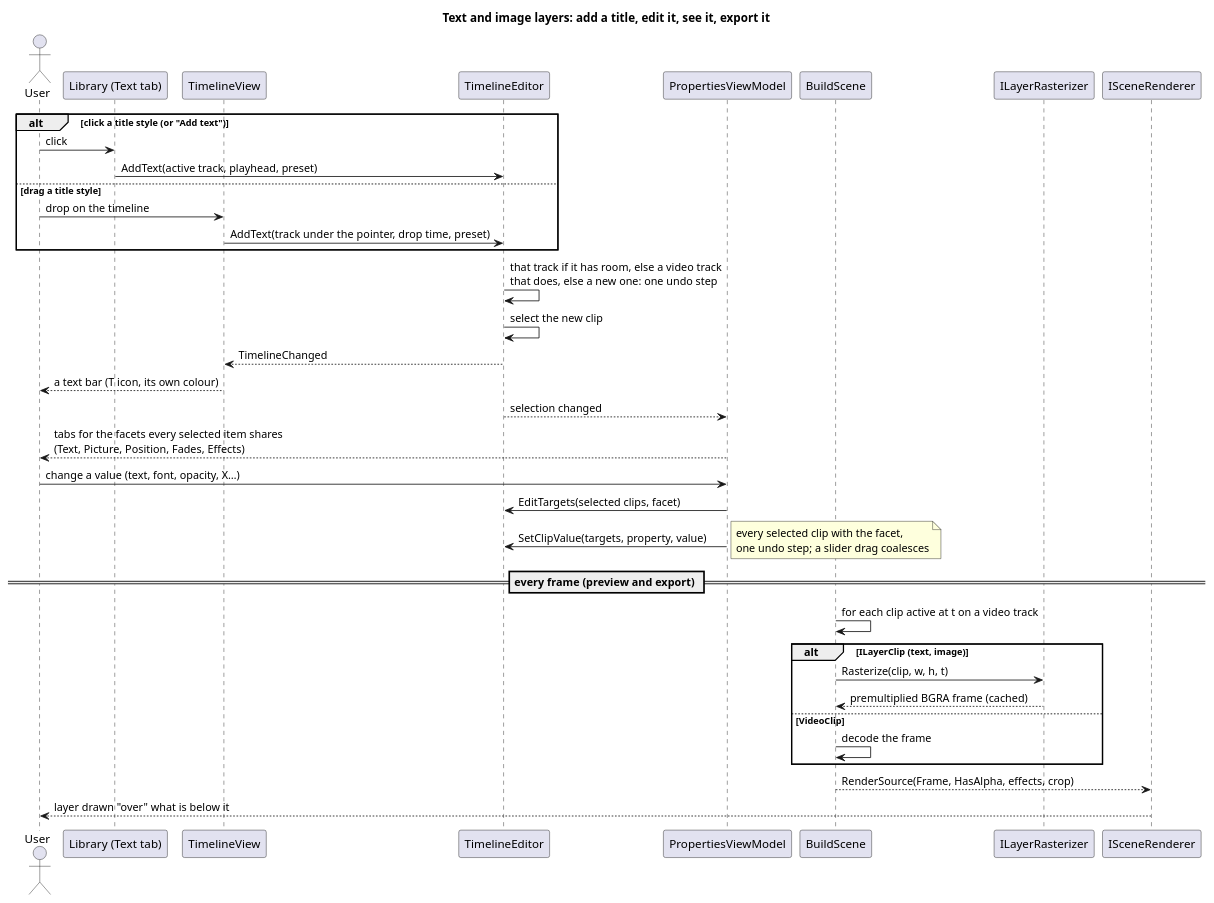
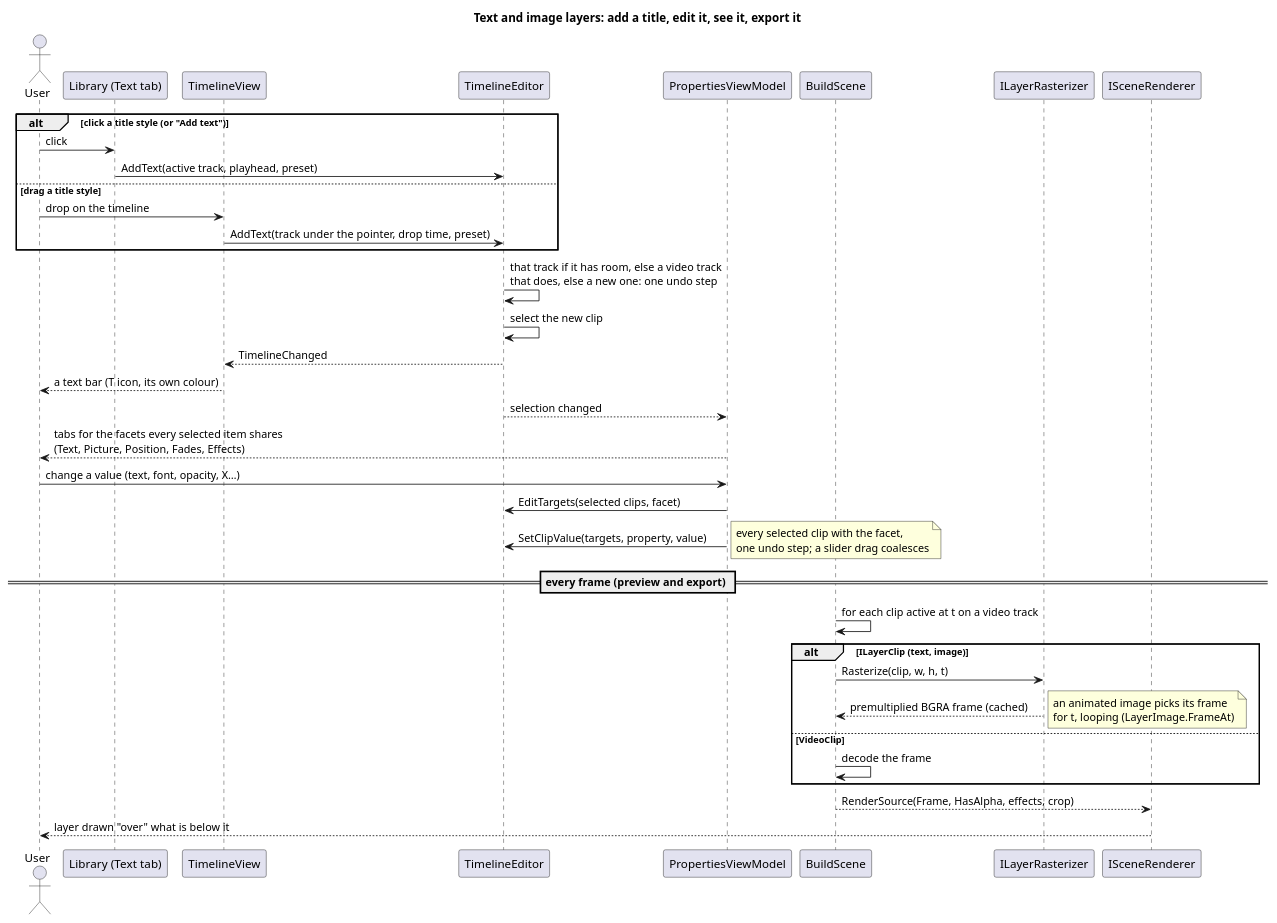
Before and after one commit to Die-Banane/Fig: the diagram in uml/domain/text-image-layers-sequence.puml, drawn with PlantUML. The commit also changed 11 other files, not shown here.

```diff
--- a/uml/domain/text-image-layers-sequence.puml
+++ b/uml/domain/text-image-layers-sequence.puml
@@ -1,42 +1,43 @@
 @startuml
 title Text and image layers: add a title, edit it, see it, export it
 
 actor User
 participant "Library (Text tab)" as Library
 participant TimelineView
 participant TimelineEditor
 participant PropertiesViewModel
 participant "BuildScene" as Scene
 participant ILayerRasterizer
 participant ISceneRenderer
 
 alt click a title style (or "Add text")
   User -> Library : click
   Library -> TimelineEditor : AddText(active track, playhead, preset)
 else drag a title style
   User -> TimelineView : drop on the timeline
   TimelineView -> TimelineEditor : AddText(track under the pointer, drop time, preset)
 end
 TimelineEditor -> TimelineEditor : that track if it has room, else a video track\nthat does, else a new one: one undo step
 TimelineEditor -> TimelineEditor : select the new clip
 TimelineEditor --> TimelineView : TimelineChanged
 TimelineView --> User : a text bar (T icon, its own colour)
 TimelineEditor --> PropertiesViewModel : selection changed
 PropertiesViewModel --> User : tabs for the facets every selected item shares\n(Text, Picture, Position, Fades, Effects)
 
 User -> PropertiesViewModel : change a value (text, font, opacity, X…)
 PropertiesViewModel -> TimelineEditor : EditTargets(selected clips, facet)
 PropertiesViewModel -> TimelineEditor : SetClipValue(targets, property, value)
 note right: every selected clip with the facet,\none undo step; a slider drag coalesces
 
 == every frame (preview and export) ==
 Scene -> Scene : for each clip active at t on a video track
 alt ILayerClip (text, image)
   Scene -> ILayerRasterizer : Rasterize(clip, w, h, t)
   ILayerRasterizer --> Scene : premultiplied BGRA frame (cached)
+  note right: an animated image picks its frame\nfor t, looping (LayerImage.FrameAt)
 else VideoClip
   Scene -> Scene : decode the frame
 end
 Scene --> ISceneRenderer : RenderSource(Frame, HasAlpha, effects, crop)
 ISceneRenderer --> User : layer drawn "over" what is below it
 @enduml
```
